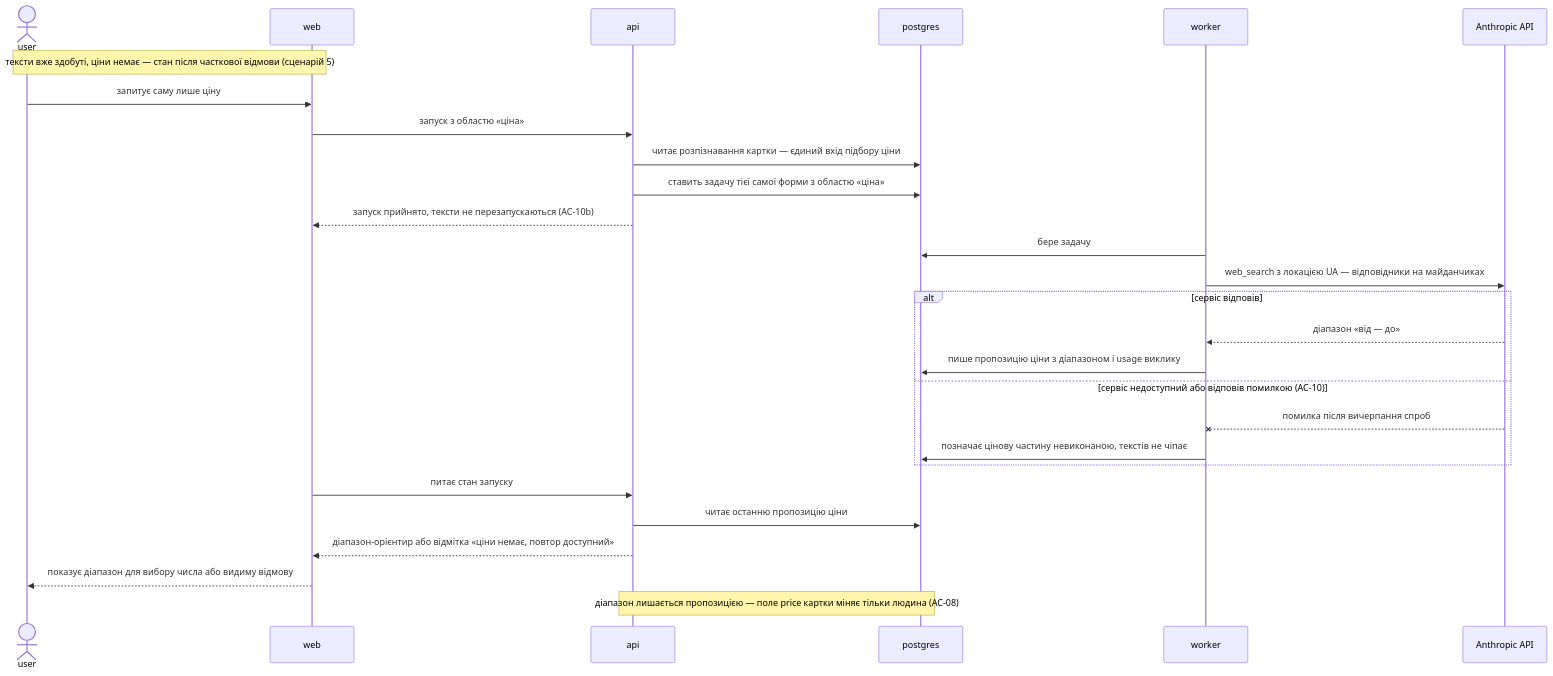
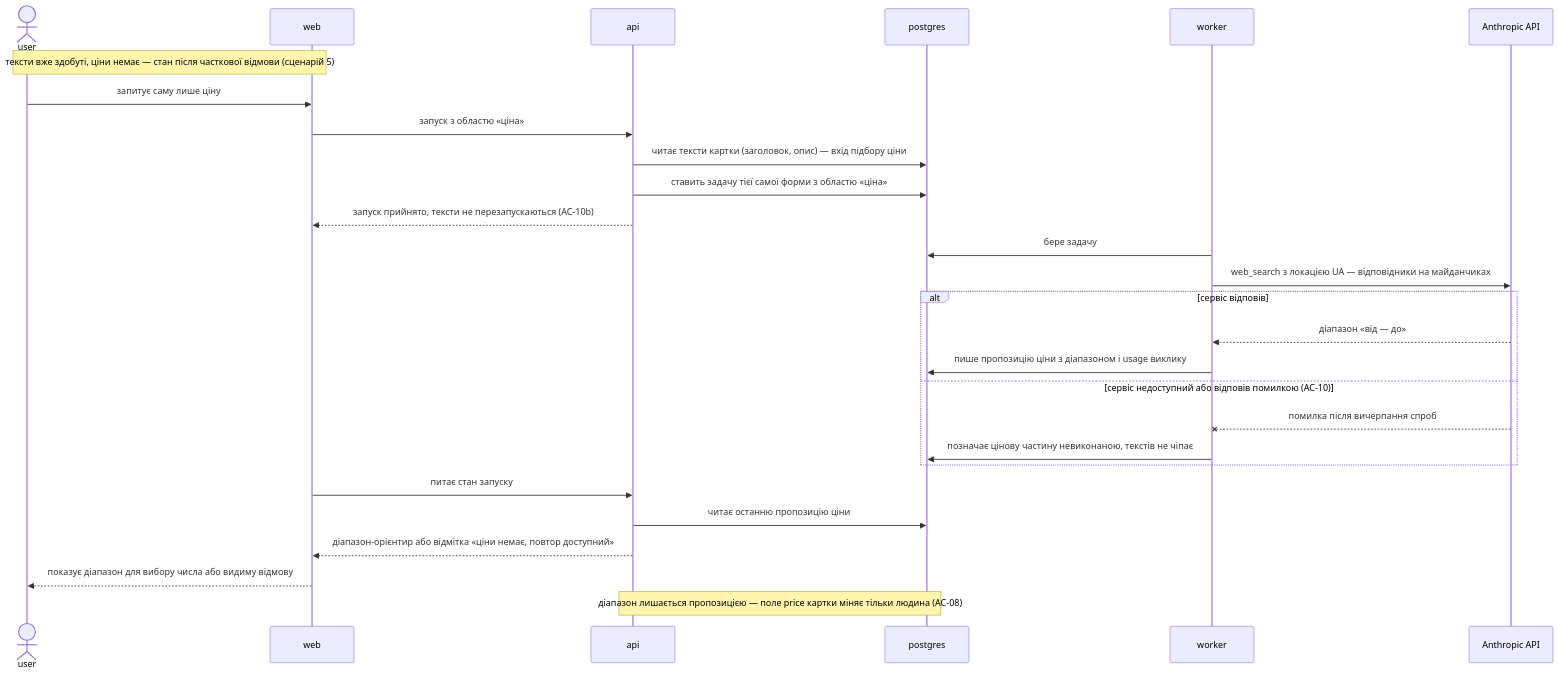
One commit to sergy-litkovskiy/mouse-springconsult changed the tenth of 12 diagrams in docs/features/product-creation-flow/sad.md. Above: the diagram before and after it, drawn with Mermaid. The commit also changed other lines of this file and 26 other files, not shown here.

Commit message:
update add/edit product flow

````diff
--- a/docs/features/product-creation-flow/sad.md
+++ b/docs/features/product-creation-flow/sad.md
@@ -579,30 +625,30 @@
 ```mermaid
 sequenceDiagram
     actor user
     participant web
     participant api
     participant pg as postgres
     participant worker
     participant anthropic as Anthropic API
 
     Note over user,web: тексти вже здобуті, ціни немає — стан після часткової відмови (сценарій 5)
     user->>web: запитує саму лише ціну
     web->>api: запуск з областю «ціна»
-    api->>pg: читає розпізнавання картки — єдиний вхід підбору ціни
+    api->>pg: читає тексти картки (заголовок, опис) — вхід підбору ціни
     api->>pg: ставить задачу тієї самої форми з областю «ціна»
     api-->>web: запуск прийнято, тексти не перезапускаються (AC-10b)
     worker->>pg: бере задачу
     worker->>anthropic: web_search з локацією UA — відповідники на майданчиках
     alt сервіс відповів
         anthropic-->>worker: діапазон «від — до»
         worker->>pg: пише пропозицію ціни з діапазоном і usage виклику
     else сервіс недоступний або відповів помилкою (AC-10)
         anthropic--xworker: помилка після вичерпання спроб
         worker->>pg: позначає цінову частину невиконаною, текстів не чіпає
     end
     web->>api: питає стан запуску
     api->>pg: читає останню пропозицію ціни
     api-->>web: діапазон-орієнтир або відмітка «ціни немає, повтор доступний»
     web-->>user: показує діапазон для вибору числа або видиму відмову
     Note over api,pg: діапазон лишається пропозицією — поле price картки міняє тільки людина (AC-08)
 ```
````
